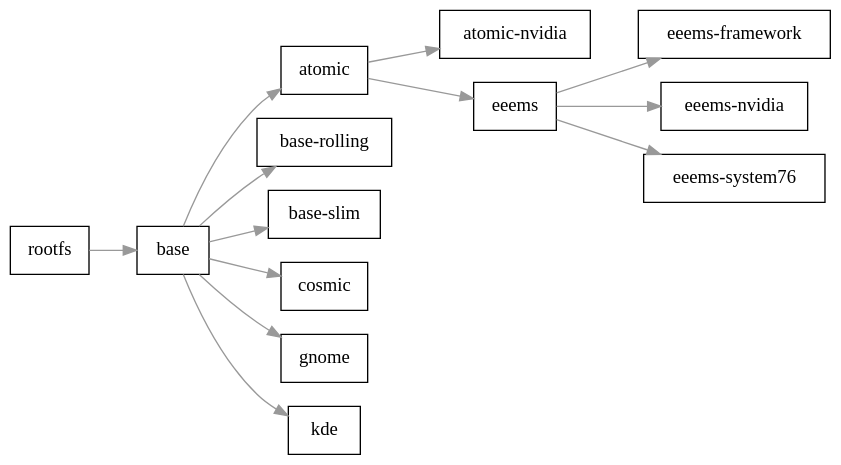
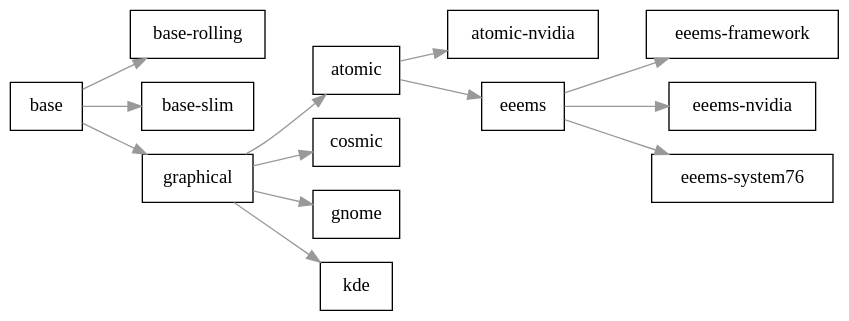
One commit to Eeems/arkes changed the diagram in web/src/variants.rst. Above: the diagram before and after it, drawn with Graphviz. The commit also changed other lines of this file and 12 other files, not shown here.

First line of the commit message:
Add graphical variant, automatically detect required vulkan implementation(s) on install/upgrade (#134)

```diff
--- a/web/src/variants.rst
+++ b/web/src/variants.rst
@@ -18,35 +18,35 @@
 .. graphviz::
 
    digraph variant_hierarchy {
        rankdir=LR;
        bgcolor=transparent;
        node [shape=box,style=filled,fillcolor=white];
        edge [color="#999999",fontcolor="#999999"];
 
        atomic [label="atomic"];
        atomic_nvidia [label="atomic-nvidia"];
        base [label="base"];
        base_rolling [label="base-rolling"];
        base_slim [label="base-slim"];
        cosmic [label="cosmic"];
        eeems [label="eeems"];
        eeems_framework [label="eeems-framework"];
        eeems_nvidia [label="eeems-nvidia"];
        eeems_system76 [label="eeems-system76"];
        gnome [label="gnome"];
+       graphical [label="graphical"];
        kde [label="kde"];
-       rootfs [label="rootfs"];
 
-       base -> atomic;
+       graphical -> atomic;
        atomic -> atomic_nvidia;
-       rootfs -> base;
        base -> base_rolling;
        base -> base_slim;
-       base -> cosmic;
+       graphical -> cosmic;
        atomic -> eeems;
        eeems -> eeems_framework;
        eeems -> eeems_nvidia;
        eeems -> eeems_system76;
-       base -> gnome;
-       base -> kde;
+       graphical -> gnome;
+       base -> graphical;
+       graphical -> kde;
    }
```
